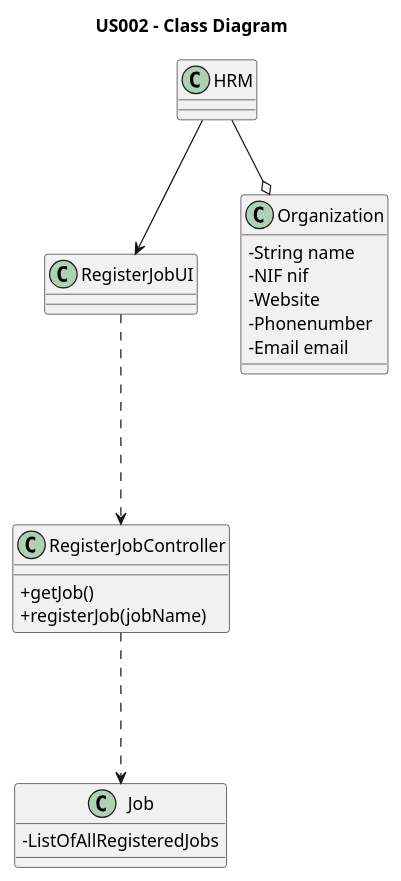
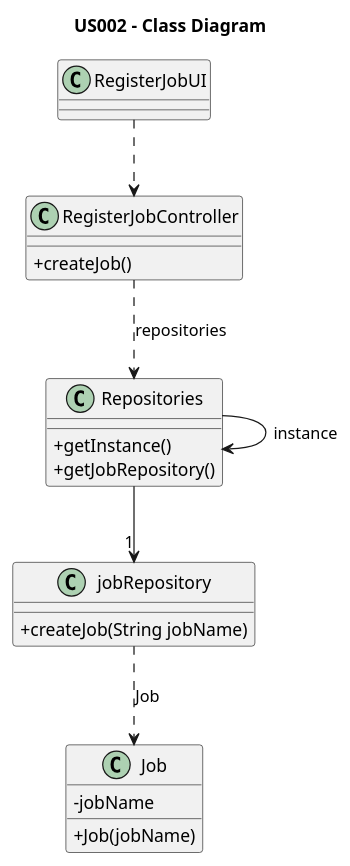
The diagram in docs/sprintB/us002/03.design/puml/us002-class-diagram.puml (Rui-San/LAPR2_2023_2024), drawn with PlantUML before and after one commit. The commit also changed 4 other files, not shown here.

Commit message:
US02: fixed design rationale, fixed class diagram and added svg files for SD and CD

```diff
--- a/docs/sprintB/us002/03.design/puml/us002-class-diagram.puml
+++ b/docs/sprintB/us002/03.design/puml/us002-class-diagram.puml
@@ -1,42 +1,41 @@
 @startuml
 'skinparam monochrome true
 skinparam packageStyle rectangle
 skinparam shadowing false
 skinparam linetype polyline
 'skinparam linetype orto
 title US002 - Class Diagram
 skinparam classAttributeIconSize 0
 
 
 'left to right direction
 
 Class RegisterJobController{
-    +getJob()
-    +registerJob(jobName)
+    +createJob()
 }
 
 Class RegisterJobUI {
 
 }
 
-class Organization {
-    -String name
-    -NIF nif
-    -Website
-    -Phonenumber
-    -Email email
+class Repositories {
+    +getInstance()
+    +getJobRepository()
 }
 
-class HRM {
-
+class jobRepository{
+    +createJob(String jobName)
 }
 
 class Job{
-    -ListOfAllRegisteredJobs
+    -jobName
+    +Job(jobName)
+}
 
-}
-RegisterJobUI --.> RegisterJobController
-HRM --o Organization
-RegisterJobController --.> Job
-HRM -->  RegisterJobUI
+Repositories --> Repositories : "instance"
+Repositories --> "1" jobRepository
+RegisterJobUI ..> RegisterJobController
+RegisterJobController ..> Repositories : repositories
+jobRepository ..> Job : "Job"
+
 @enduml
```
